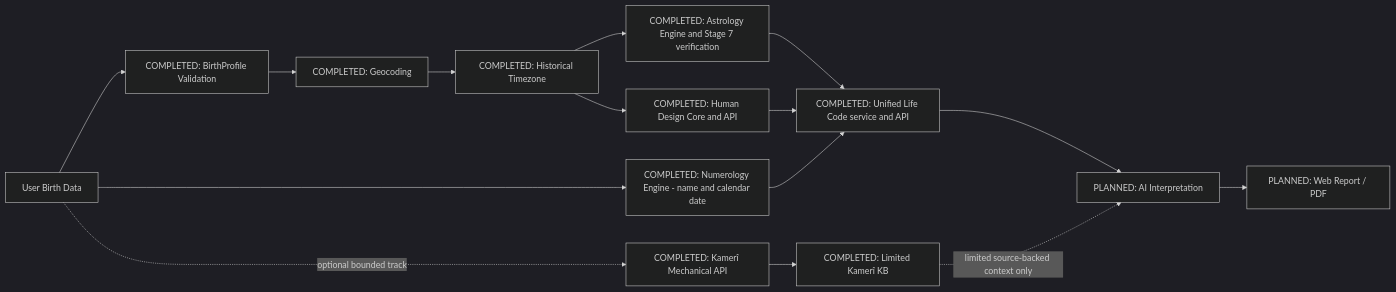
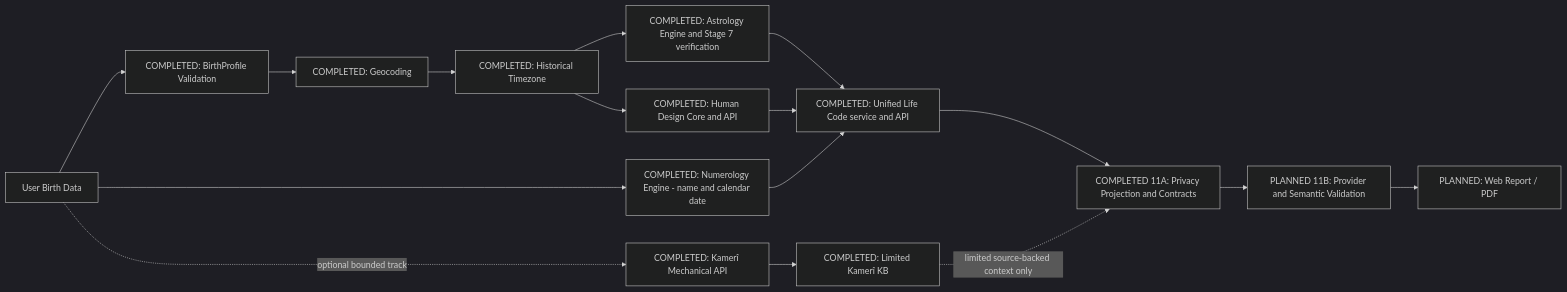
The diagram in docs/02_ARCHITECTURE.md (ismailbuzdan/yasam-kodu), drawn with Mermaid (dark theme) before and after one commit. The commit also changed other lines of this file and 14 other files, not shown here.

Commit message:
feat: define AI interpretation contracts

````diff
--- a/docs/02_ARCHITECTURE.md
+++ b/docs/02_ARCHITECTURE.md
@@ -13,17 +13,18 @@
 ```mermaid
 flowchart LR
   A[User Birth Data] --> B[COMPLETED: BirthProfile Validation]
   B --> C[COMPLETED: Geocoding]
   C --> D[COMPLETED: Historical Timezone]
   D --> E[COMPLETED: Astrology Engine and Stage 7 verification]
   A --> F[COMPLETED: Numerology Engine - name and calendar date]
   D --> G[COMPLETED: Human Design Core and API]
   E --> H[COMPLETED: Unified Life Code service and API]
   F --> H
   G --> H
-  H --> I[PLANNED: AI Interpretation]
+  H --> P[COMPLETED 11A: Privacy Projection and Contracts]
+  P --> I[PLANNED 11B: Provider and Semantic Validation]
   I --> J[PLANNED: Web Report / PDF]
   A -. optional bounded track .-> K[COMPLETED: Kamerî Mechanical API]
   K --> L[COMPLETED: Limited Kamerî KB]
-  L -. limited source-backed context only .-> I
+  L -. limited source-backed context only .-> P
 ```
````
